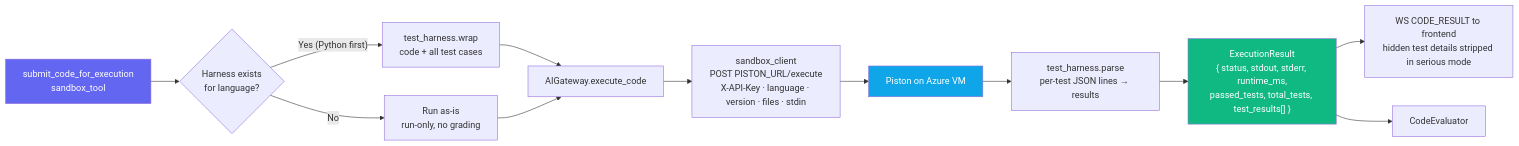
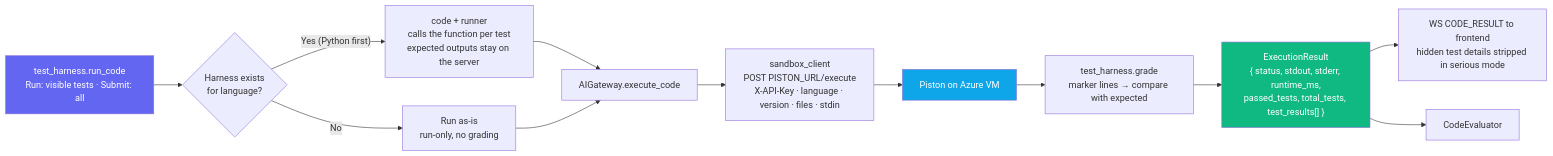
Diagram 12 of 21 in docs/flow.md (lovishmanchanda/Agentic-Interview-Coach), drawn with Mermaid before and after one commit. The commit also changed other lines of this file and 68 other files, not shown here.

Commit message:
Phase 4: live coding interviews (Piston, graded Python harness, code evaluator, Monaco) + security hardening

````diff
--- a/docs/flow.md
+++ b/docs/flow.md
@@ -527,22 +527,22 @@
 ```mermaid
 flowchart LR
-    BE[submit_code_for_execution\nsandbox_tool] --> GRADED{Harness exists\nfor language?}
+    BE[test_harness.run_code\nRun: visible tests · Submit: all] --> GRADED{Harness exists\nfor language?}
 
-    GRADED -- "Yes (Python first)" --> WRAP[test_harness.wrap\ncode + all test cases]
+    GRADED -- "Yes (Python first)" --> WRAP[code + runner\ncalls the function per test\nexpected outputs stay on the server]
     GRADED -- No --> RAW[Run as-is\nrun-only, no grading]
 
     WRAP --> GW[AIGateway.execute_code]
     RAW --> GW
     GW --> CLIENT[sandbox_client\nPOST PISTON_URL/execute\nX-API-Key · language · version · files · stdin]
     CLIENT --> PISTON[Piston on Azure VM]
-    PISTON --> PARSE[test_harness.parse\nper-test JSON lines → results]
+    PISTON --> PARSE[test_harness.grade\nmarker lines → compare with expected]
 
     PARSE --> UNIFIED["ExecutionResult\n{ status, stdout, stderr, runtime_ms,\npassed_tests, total_tests, test_results[] }"]
 
     UNIFIED --> FE[WS CODE_RESULT to frontend\nhidden test details stripped in serious mode]
     UNIFIED --> EVAL[CodeEvaluator]
 
     style BE fill:#6366f1,color:#fff
     style PISTON fill:#0ea5e9,color:#fff
     style UNIFIED fill:#10b981,color:#fff
 ```
````
